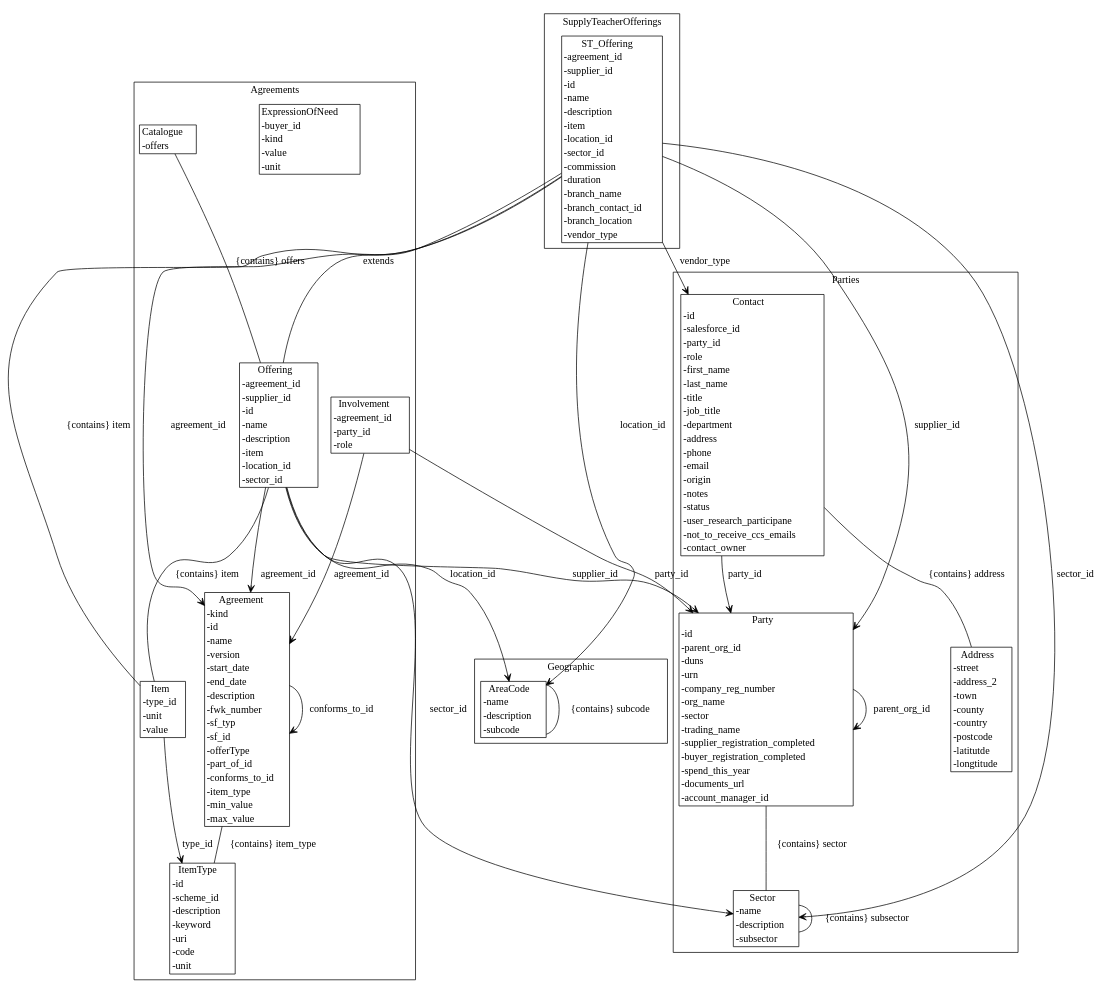
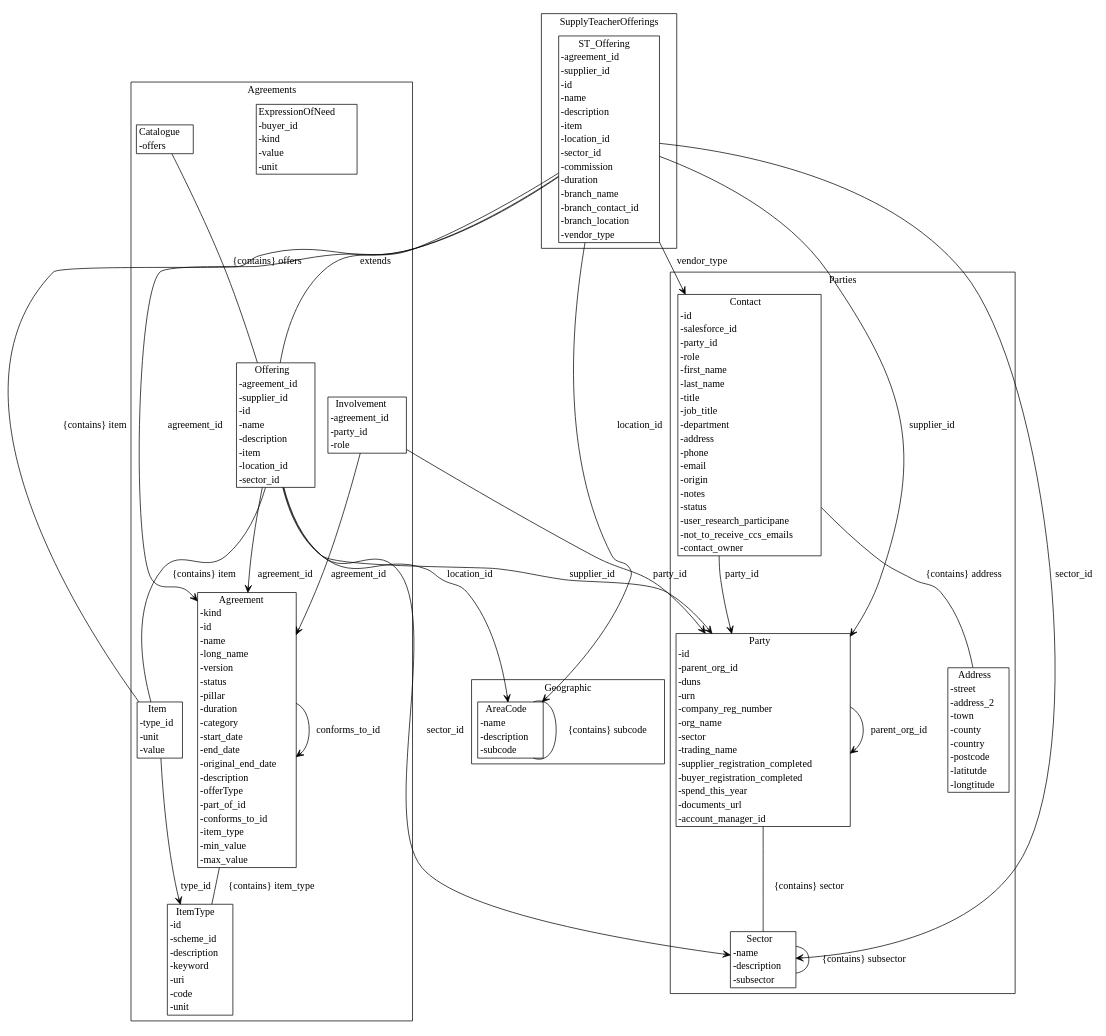
The diagram in agreement-design/gen/diagrams/metamodel.dot (Crown-Commercial-Service/cmp-design-prototype), drawn with Graphviz before and after one commit. The commit also changed 12 other files, not shown here.

```diff
--- a/agreement-design/gen/diagrams/metamodel.dot
+++ b/agreement-design/gen/diagrams/metamodel.dot
@@ -1,57 +1,57 @@
 strict digraph {
 subgraph cluster_Agreements {
 node [shape=plaintext margin=0];
 label=Agreements;
 "ItemType" [label=<<table BORDER="1" CELLBORDER="0" CELLSPACING="0"><TH><TD>ItemType</TD></TH><TR><TD ALIGN="LEFT">-id</TD></TR><TR><TD ALIGN="LEFT">-scheme_id</TD></TR><TR><TD ALIGN="LEFT">-description</TD></TR><TR><TD ALIGN="LEFT">-keyword</TD></TR><TR><TD ALIGN="LEFT">-uri</TD></TR><TR><TD ALIGN="LEFT">-code</TD></TR><TR><TD ALIGN="LEFT">-unit</TD></TR></table>>];
 "ExpressionOfNeed" [label=<<table BORDER="1" CELLBORDER="0" CELLSPACING="0"><TH><TD>ExpressionOfNeed</TD></TH><TR><TD ALIGN="LEFT">-buyer_id</TD></TR><TR><TD ALIGN="LEFT">-kind</TD></TR><TR><TD ALIGN="LEFT">-value</TD></TR><TR><TD ALIGN="LEFT">-unit</TD></TR></table>>];
-"Agreement" [label=<<table BORDER="1" CELLBORDER="0" CELLSPACING="0"><TH><TD>Agreement</TD></TH><TR><TD ALIGN="LEFT">-kind</TD></TR><TR><TD ALIGN="LEFT">-id</TD></TR><TR><TD ALIGN="LEFT">-name</TD></TR><TR><TD ALIGN="LEFT">-version</TD></TR><TR><TD ALIGN="LEFT">-start_date</TD></TR><TR><TD ALIGN="LEFT">-end_date</TD></TR><TR><TD ALIGN="LEFT">-description</TD></TR><TR><TD ALIGN="LEFT">-fwk_number</TD></TR><TR><TD ALIGN="LEFT">-sf_typ</TD></TR><TR><TD ALIGN="LEFT">-sf_id</TD></TR><TR><TD ALIGN="LEFT">-offerType</TD></TR><TR><TD ALIGN="LEFT">-part_of_id</TD></TR><TR><TD ALIGN="LEFT">-conforms_to_id</TD></TR><TR><TD ALIGN="LEFT">-item_type</TD></TR><TR><TD ALIGN="LEFT">-min_value</TD></TR><TR><TD ALIGN="LEFT">-max_value</TD></TR></table>>];
+"Agreement" [label=<<table BORDER="1" CELLBORDER="0" CELLSPACING="0"><TH><TD>Agreement</TD></TH><TR><TD ALIGN="LEFT">-kind</TD></TR><TR><TD ALIGN="LEFT">-id</TD></TR><TR><TD ALIGN="LEFT">-name</TD></TR><TR><TD ALIGN="LEFT">-long_name</TD></TR><TR><TD ALIGN="LEFT">-version</TD></TR><TR><TD ALIGN="LEFT">-status</TD></TR><TR><TD ALIGN="LEFT">-pillar</TD></TR><TR><TD ALIGN="LEFT">-duration</TD></TR><TR><TD ALIGN="LEFT">-category</TD></TR><TR><TD ALIGN="LEFT">-start_date</TD></TR><TR><TD ALIGN="LEFT">-end_date</TD></TR><TR><TD ALIGN="LEFT">-original_end_date</TD></TR><TR><TD ALIGN="LEFT">-description</TD></TR><TR><TD ALIGN="LEFT">-offerType</TD></TR><TR><TD ALIGN="LEFT">-part_of_id</TD></TR><TR><TD ALIGN="LEFT">-conforms_to_id</TD></TR><TR><TD ALIGN="LEFT">-item_type</TD></TR><TR><TD ALIGN="LEFT">-min_value</TD></TR><TR><TD ALIGN="LEFT">-max_value</TD></TR></table>>];
 "Item" [label=<<table BORDER="1" CELLBORDER="0" CELLSPACING="0"><TH><TD>Item</TD></TH><TR><TD ALIGN="LEFT">-type_id</TD></TR><TR><TD ALIGN="LEFT">-unit</TD></TR><TR><TD ALIGN="LEFT">-value</TD></TR></table>>];
 "Offering" [label=<<table BORDER="1" CELLBORDER="0" CELLSPACING="0"><TH><TD>Offering</TD></TH><TR><TD ALIGN="LEFT">-agreement_id</TD></TR><TR><TD ALIGN="LEFT">-supplier_id</TD></TR><TR><TD ALIGN="LEFT">-id</TD></TR><TR><TD ALIGN="LEFT">-name</TD></TR><TR><TD ALIGN="LEFT">-description</TD></TR><TR><TD ALIGN="LEFT">-item</TD></TR><TR><TD ALIGN="LEFT">-location_id</TD></TR><TR><TD ALIGN="LEFT">-sector_id</TD></TR></table>>];
 "Catalogue" [label=<<table BORDER="1" CELLBORDER="0" CELLSPACING="0"><TH><TD>Catalogue</TD></TH><TR><TD ALIGN="LEFT">-offers</TD></TR></table>>];
 "Involvement" [label=<<table BORDER="1" CELLBORDER="0" CELLSPACING="0"><TH><TD>Involvement</TD></TH><TR><TD ALIGN="LEFT">-agreement_id</TD></TR><TR><TD ALIGN="LEFT">-party_id</TD></TR><TR><TD ALIGN="LEFT">-role</TD></TR></table>>];
 }
 subgraph cluster_Parties {
 node [shape=plaintext margin=0];
 label=Parties;
 "Sector" [label=<<table BORDER="1" CELLBORDER="0" CELLSPACING="0"><TH><TD>Sector</TD></TH><TR><TD ALIGN="LEFT">-name</TD></TR><TR><TD ALIGN="LEFT">-description</TD></TR><TR><TD ALIGN="LEFT">-subsector</TD></TR></table>>];
 "Party" [label=<<table BORDER="1" CELLBORDER="0" CELLSPACING="0"><TH><TD>Party</TD></TH><TR><TD ALIGN="LEFT">-id</TD></TR><TR><TD ALIGN="LEFT">-parent_org_id</TD></TR><TR><TD ALIGN="LEFT">-duns</TD></TR><TR><TD ALIGN="LEFT">-urn</TD></TR><TR><TD ALIGN="LEFT">-company_reg_number</TD></TR><TR><TD ALIGN="LEFT">-org_name</TD></TR><TR><TD ALIGN="LEFT">-sector</TD></TR><TR><TD ALIGN="LEFT">-trading_name</TD></TR><TR><TD ALIGN="LEFT">-supplier_registration_completed</TD></TR><TR><TD ALIGN="LEFT">-buyer_registration_completed</TD></TR><TR><TD ALIGN="LEFT">-spend_this_year</TD></TR><TR><TD ALIGN="LEFT">-documents_url</TD></TR><TR><TD ALIGN="LEFT">-account_manager_id</TD></TR></table>>];
 "Address" [label=<<table BORDER="1" CELLBORDER="0" CELLSPACING="0"><TH><TD>Address</TD></TH><TR><TD ALIGN="LEFT">-street</TD></TR><TR><TD ALIGN="LEFT">-address_2</TD></TR><TR><TD ALIGN="LEFT">-town</TD></TR><TR><TD ALIGN="LEFT">-county</TD></TR><TR><TD ALIGN="LEFT">-country</TD></TR><TR><TD ALIGN="LEFT">-postcode</TD></TR><TR><TD ALIGN="LEFT">-latitutde</TD></TR><TR><TD ALIGN="LEFT">-longtitude</TD></TR></table>>];
 "Contact" [label=<<table BORDER="1" CELLBORDER="0" CELLSPACING="0"><TH><TD>Contact</TD></TH><TR><TD ALIGN="LEFT">-id</TD></TR><TR><TD ALIGN="LEFT">-salesforce_id</TD></TR><TR><TD ALIGN="LEFT">-party_id</TD></TR><TR><TD ALIGN="LEFT">-role</TD></TR><TR><TD ALIGN="LEFT">-first_name</TD></TR><TR><TD ALIGN="LEFT">-last_name</TD></TR><TR><TD ALIGN="LEFT">-title</TD></TR><TR><TD ALIGN="LEFT">-job_title</TD></TR><TR><TD ALIGN="LEFT">-department</TD></TR><TR><TD ALIGN="LEFT">-address</TD></TR><TR><TD ALIGN="LEFT">-phone</TD></TR><TR><TD ALIGN="LEFT">-email</TD></TR><TR><TD ALIGN="LEFT">-origin</TD></TR><TR><TD ALIGN="LEFT">-notes</TD></TR><TR><TD ALIGN="LEFT">-status</TD></TR><TR><TD ALIGN="LEFT">-user_research_participane</TD></TR><TR><TD ALIGN="LEFT">-not_to_receive_ccs_emails</TD></TR><TR><TD ALIGN="LEFT">-contact_owner</TD></TR></table>>];
 }
 subgraph cluster_Geographic {
 node [shape=plaintext margin=0];
 label=Geographic;
 "AreaCode" [label=<<table BORDER="1" CELLBORDER="0" CELLSPACING="0"><TH><TD>AreaCode</TD></TH><TR><TD ALIGN="LEFT">-name</TD></TR><TR><TD ALIGN="LEFT">-description</TD></TR><TR><TD ALIGN="LEFT">-subcode</TD></TR></table>>];
 }
 subgraph cluster_SupplyTeacherOfferings {
 node [shape=plaintext margin=0];
 label=SupplyTeacherOfferings;
 "ST_Offering" [label=<<table BORDER="1" CELLBORDER="0" CELLSPACING="0"><TH><TD>ST_Offering</TD></TH><TR><TD ALIGN="LEFT">-agreement_id</TD></TR><TR><TD ALIGN="LEFT">-supplier_id</TD></TR><TR><TD ALIGN="LEFT">-id</TD></TR><TR><TD ALIGN="LEFT">-name</TD></TR><TR><TD ALIGN="LEFT">-description</TD></TR><TR><TD ALIGN="LEFT">-item</TD></TR><TR><TD ALIGN="LEFT">-location_id</TD></TR><TR><TD ALIGN="LEFT">-sector_id</TD></TR><TR><TD ALIGN="LEFT">-commission</TD></TR><TR><TD ALIGN="LEFT">-duration</TD></TR><TR><TD ALIGN="LEFT">-branch_name</TD></TR><TR><TD ALIGN="LEFT">-branch_contact_id</TD></TR><TR><TD ALIGN="LEFT">-branch_location</TD></TR><TR><TD ALIGN="LEFT">-vendor_type</TD></TR></table>>];
 }
 "Agreement" -> "Agreement" [label="part_of_id" arrowhead = "open" arrowtail = "none" ];
 "Agreement" -> "Agreement" [label="conforms_to_id" arrowhead = "open" arrowtail = "none" ];
 "Agreement" -> "ItemType" [label="{contains} item_type" arrowhead = "none" arrowtail = "diamond" ];
 "Item" -> "ItemType" [label="type_id" arrowhead = "open" arrowtail = "none" ];
 "Offering" -> "Agreement" [label="agreement_id" arrowhead = "open" arrowtail = "none" ];
 "Offering" -> "Party" [label="supplier_id" arrowhead = "open" arrowtail = "none" ];
 "Offering" -> "Item" [label="{contains} item" arrowhead = "none" arrowtail = "diamond" ];
 "Offering" -> "AreaCode" [label="location_id" arrowhead = "open" arrowtail = "none" ];
 "Offering" -> "Sector" [label="sector_id" arrowhead = "open" arrowtail = "none" ];
 "Catalogue" -> "Offering" [label="{contains} offers" arrowhead = "none" arrowtail = "diamond" ];
 "Involvement" -> "Agreement" [label="agreement_id" arrowhead = "open" arrowtail = "none" ];
 "Involvement" -> "Party" [label="party_id" arrowhead = "open" arrowtail = "none" ];
 "Sector" -> "Sector" [label="{contains} subsector" arrowhead = "none" arrowtail = "diamond" ];
 "Party" -> "Party" [label="parent_org_id" arrowhead = "open" arrowtail = "none" ];
 "Party" -> "Sector" [label="{contains} sector" arrowhead = "none" arrowtail = "diamond" ];
 "Contact" -> "Party" [label="party_id" arrowhead = "open" arrowtail = "none" ];
 "Contact" -> "Address" [label="{contains} address" arrowhead = "none" arrowtail = "diamond" ];
 "AreaCode" -> "AreaCode" [label="{contains} subcode" arrowhead = "none" arrowtail = "diamond" ];
 "ST_Offering" -> "Offering" [label="extends" arrowhead = "none" arrowtail = "normal" ];
 "ST_Offering" -> "Agreement" [label="agreement_id" arrowhead = "open" arrowtail = "none" ];
 "ST_Offering" -> "Party" [label="supplier_id" arrowhead = "open" arrowtail = "none" ];
 "ST_Offering" -> "Item" [label="{contains} item" arrowhead = "none" arrowtail = "diamond" ];
 "ST_Offering" -> "AreaCode" [label="location_id" arrowhead = "open" arrowtail = "none" ];
 "ST_Offering" -> "Sector" [label="sector_id" arrowhead = "open" arrowtail = "none" ];
 "ST_Offering" -> "Contact" [label="branch_contact_id" arrowhead = "open" arrowtail = "none" ];
 "ST_Offering" -> "Contact" [label="vendor_type" arrowhead = "open" arrowtail = "none" ];
 }
```
